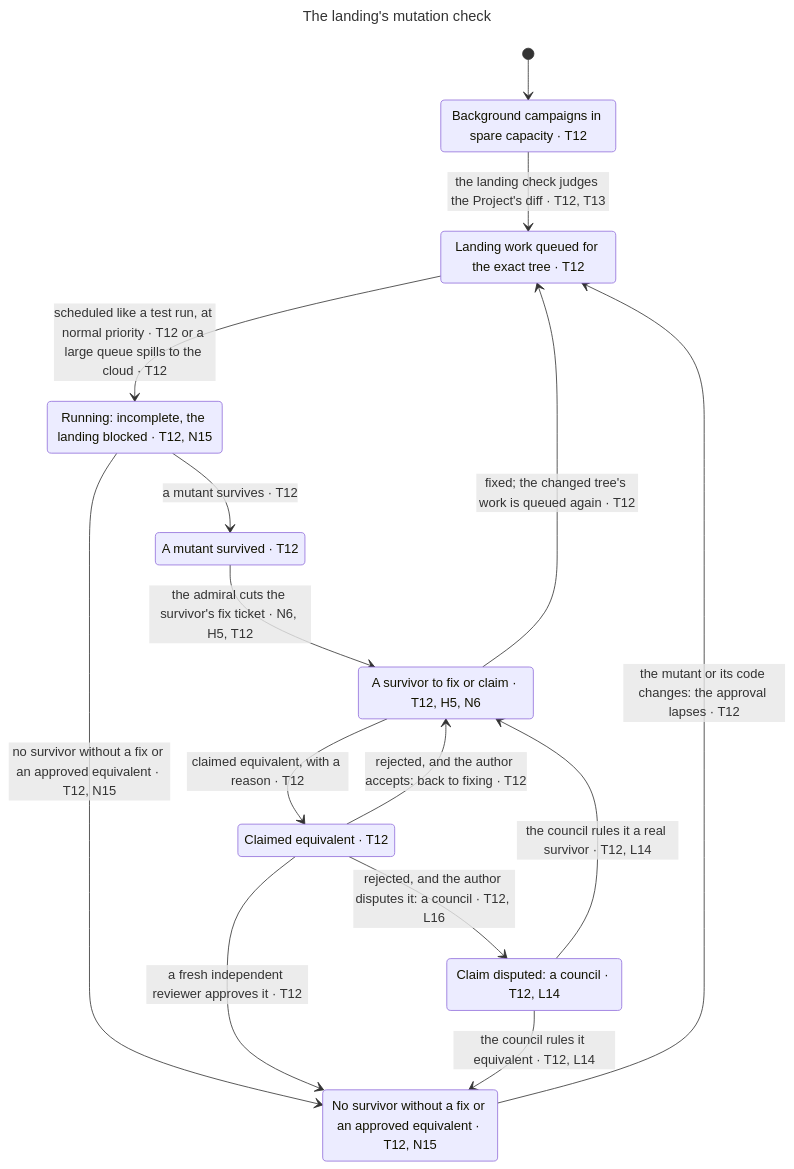
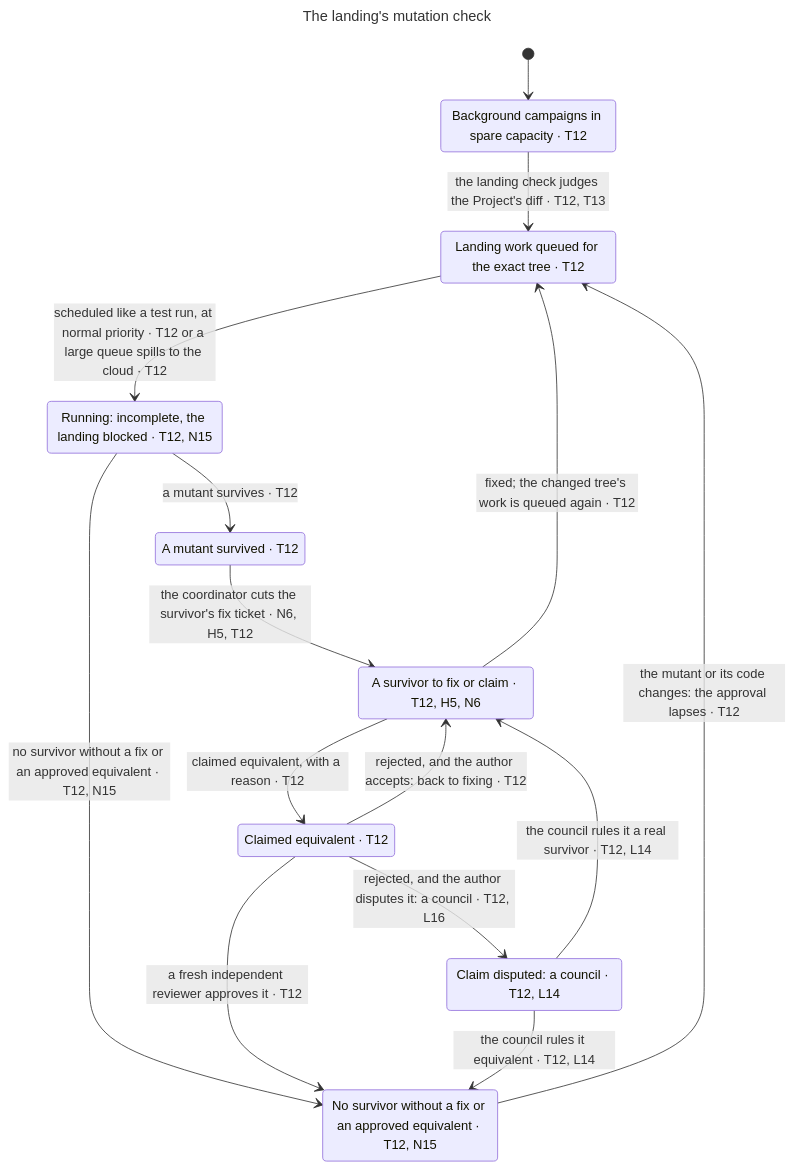
The diagram in claims/statechart/mutation/chart.mmd (BalazsOrg/dydo), drawn with Mermaid before and after one commit. The commit also changed 212 other files, not shown here.

```diff
--- a/claims/statechart/mutation/chart.mmd
+++ b/claims/statechart/mutation/chart.mmd
@@ -1,26 +1,26 @@
 ---
 title: "The landing's mutation check"
 ---
 stateDiagram-v2
   s0: Background campaigns in spare capacity #183; T12
   s1: Landing work queued for the exact tree #183; T12
   s2: Running: incomplete, the landing blocked #183; T12, N15
   s3: No survivor without a fix or an approved equivalent #183; T12, N15
   s4: A mutant survived #183; T12
   s5: A survivor to fix or claim #183; T12, H5, N6
   s6: Claimed equivalent #183; T12
   s7: Claim disputed: a council #183; T12, L14
   [*] --> s0
   s0 --> s1: the landing check judges the Project's diff #183; T12, T13
   s1 --> s2: scheduled like a test run, at normal priority #183; T12 or a large queue spills to the cloud #183; T12
   s2 --> s3: no survivor without a fix or an approved equivalent #183; T12, N15
   s2 --> s4: a mutant survives #183; T12
   s3 --> s1: the mutant or its code changes: the approval lapses #183; T12
-  s4 --> s5: the admiral cuts the survivor's fix ticket #183; N6, H5, T12
+  s4 --> s5: the coordinator cuts the survivor's fix ticket #183; N6, H5, T12
   s5 --> s1: fixed#59; the changed tree's work is queued again #183; T12
   s5 --> s6: claimed equivalent, with a reason #183; T12
   s6 --> s3: a fresh independent reviewer approves it #183; T12
   s6 --> s5: rejected, and the author accepts: back to fixing #183; T12
   s6 --> s7: rejected, and the author disputes it: a council #183; T12, L16
   s7 --> s3: the council rules it equivalent #183; T12, L14
   s7 --> s5: the council rules it a real survivor #183; T12, L14
```
